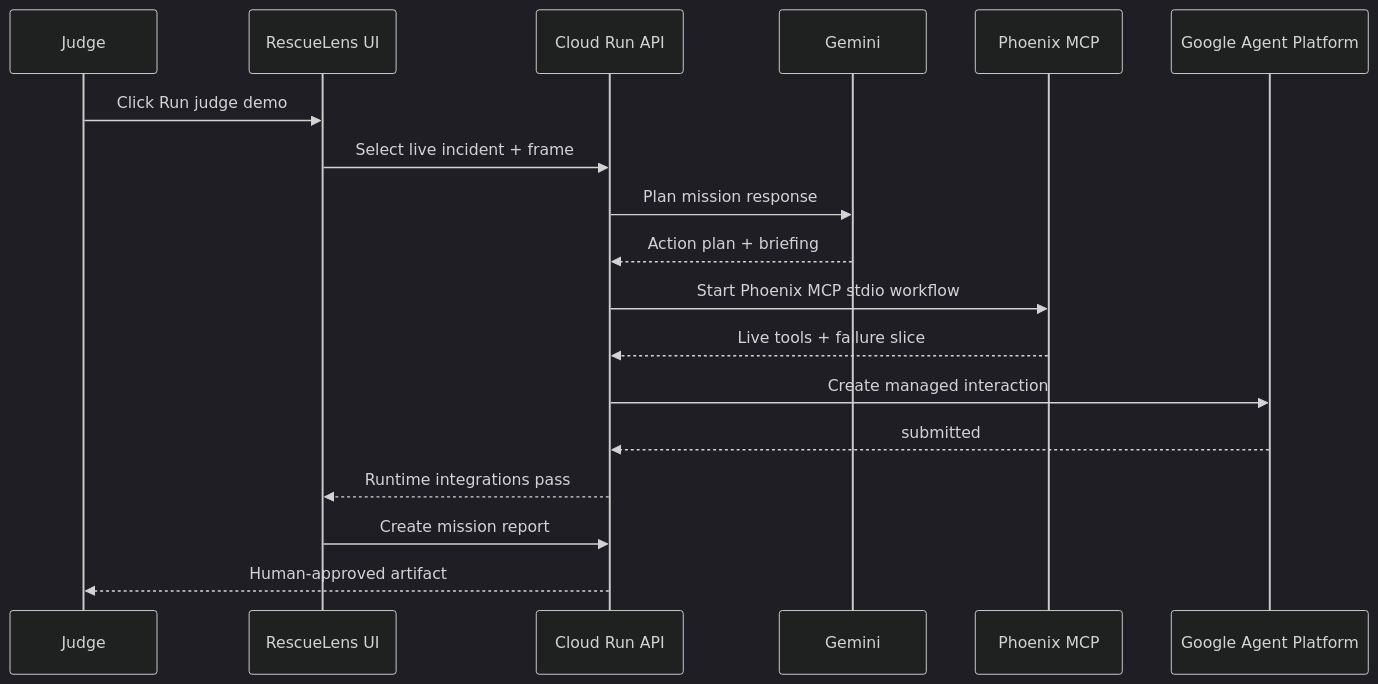
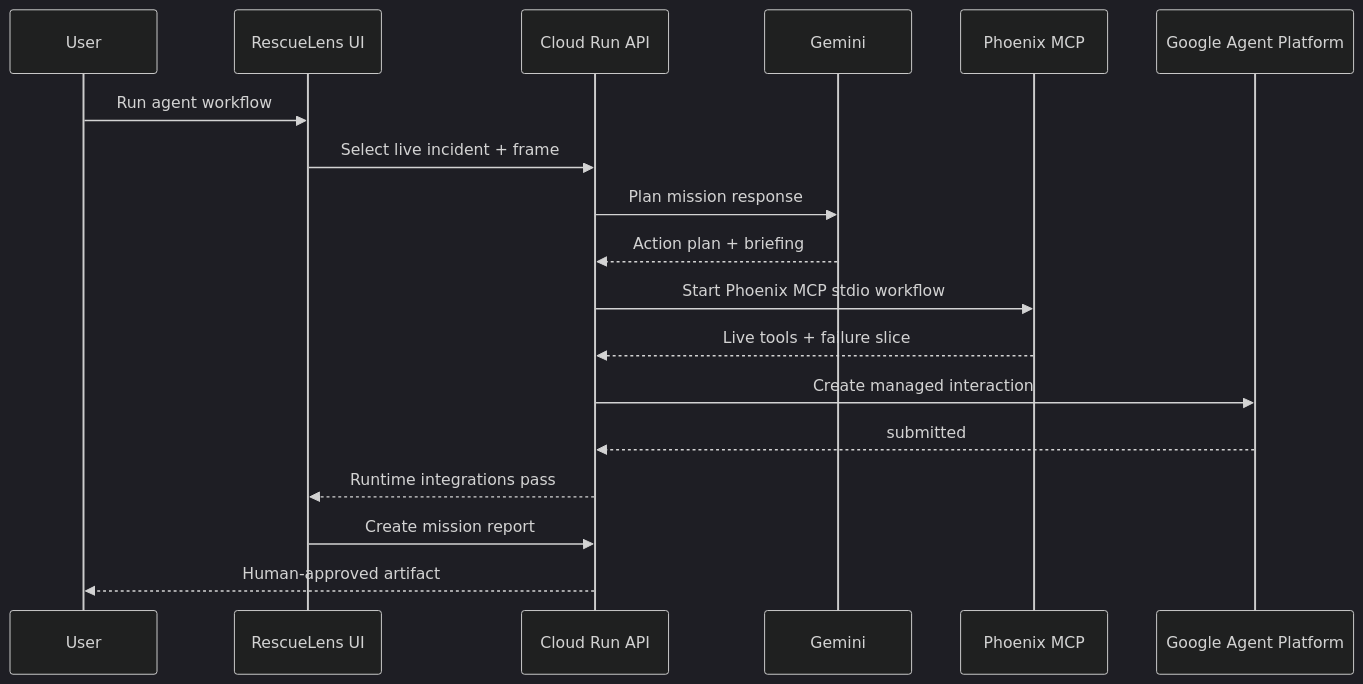
Before and after one commit to mongonsh/RescueLens: the second of 2 diagrams in docs/ARCHITECTURE_FLOW.md, drawn with Mermaid (dark theme). The commit also changed other lines of this file and 13 other files, not shown here.

````diff
--- a/docs/ARCHITECTURE_FLOW.md
+++ b/docs/ARCHITECTURE_FLOW.md
@@ -48,21 +46,21 @@
 ```mermaid
 sequenceDiagram
-  participant Judge
+  participant User
   participant UI as RescueLens UI
   participant API as Cloud Run API
   participant Gemini
   participant Arize as Phoenix MCP
   participant Agent as Google Agent Platform
 
-  Judge->>UI: Click Run judge demo
+  User->>UI: Run agent workflow
   UI->>API: Select live incident + frame
   API->>Gemini: Plan mission response
   Gemini-->>API: Action plan + briefing
   API->>Arize: Start Phoenix MCP stdio workflow
   Arize-->>API: Live tools + failure slice
   API->>Agent: Create managed interaction
   Agent-->>API: submitted
   API-->>UI: Runtime integrations pass
   UI->>API: Create mission report
-  API-->>Judge: Human-approved artifact
+  API-->>User: Human-approved artifact
 ```
````
